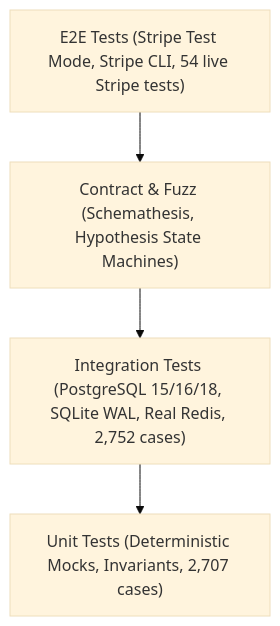
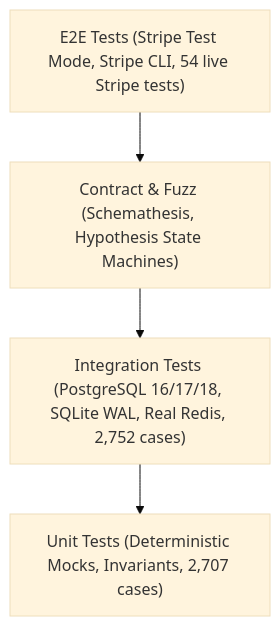
The first of 2 diagrams in docs/TESTING.md (nadeko0/fastapi_e-commerce_backend), drawn with Mermaid (base theme) before and after one commit. The commit also changed other lines of this file and 5 other files, not shown here.

First line of the commit message:
ci: test PostgreSQL 16, 17 and 18; drop 15

````diff
--- a/docs/TESTING.md
+++ b/docs/TESTING.md
@@ -7,6 +7,6 @@
 ```mermaid
 flowchart TD
     E2E["E2E Tests (Stripe Test Mode, Stripe CLI, 54 live Stripe tests)"] --> Fuzz["Contract & Fuzz (Schemathesis, Hypothesis State Machines)"]
-    Fuzz --> Integration["Integration Tests (PostgreSQL 15/16/18, SQLite WAL, Real Redis, 2,752 cases)"]
+    Fuzz --> Integration["Integration Tests (PostgreSQL 16/17/18, SQLite WAL, Real Redis, 2,752 cases)"]
     Integration --> Unit["Unit Tests (Deterministic Mocks, Invariants, 2,707 cases)"]
 ```
````
